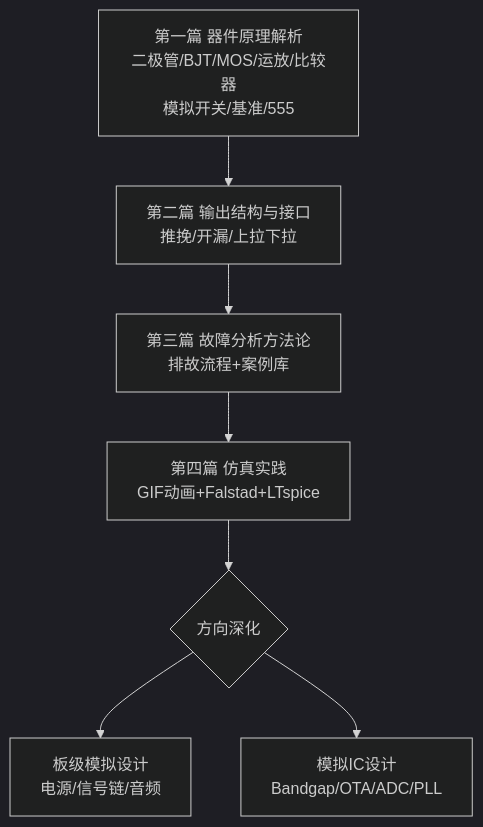
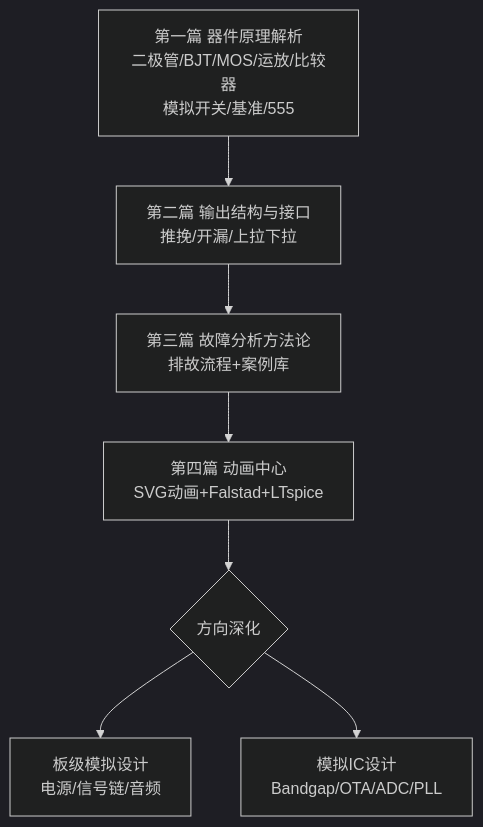
One commit to zhuguang-ZFG/analog-circuit-roadmap changed the diagram in README.md. Above: the diagram before and after it, drawn with Mermaid (dark theme). The commit also changed other lines of this file and 3 other files, not shown here.

````diff
--- a/README.md
+++ b/README.md
@@ -30,9 +30,9 @@
 ```mermaid
 graph TD
     A[第一篇 器件原理解析<br/>二极管/BJT/MOS/运放/比较器<br/>模拟开关/基准/555] --> B[第二篇 输出结构与接口<br/>推挽/开漏/上拉下拉]
     B --> C[第三篇 故障分析方法论<br/>排故流程+案例库]
-    C --> D[第四篇 仿真实践<br/>GIF动画+Falstad+LTspice]
+    C --> D[第四篇 动画中心<br/>SVG动画+Falstad+LTspice]
     D --> E{方向深化}
     E --> F[板级模拟设计<br/>电源/信号链/音频]
     E --> G[模拟IC设计<br/>Bandgap/OTA/ADC/PLL]
 ```
````
